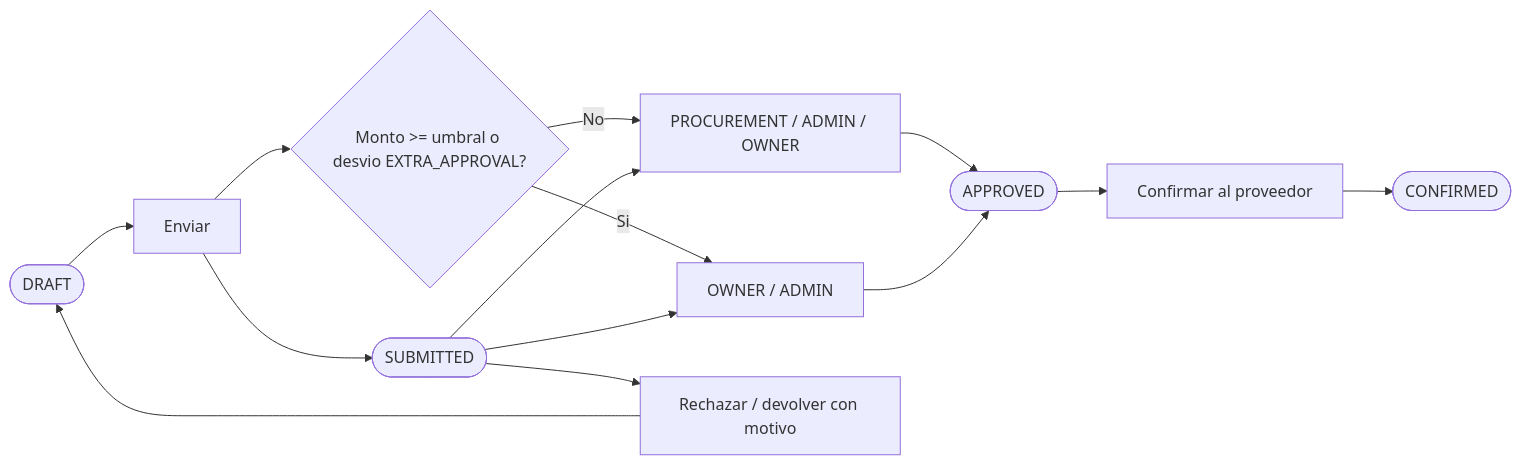
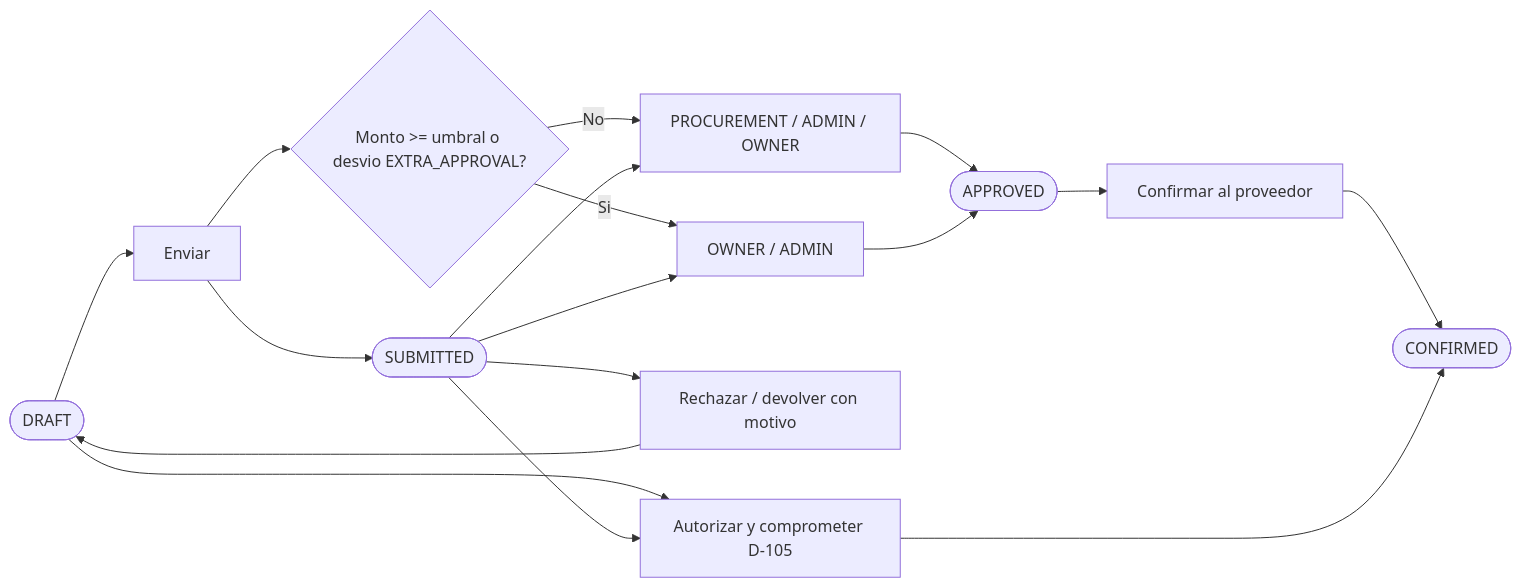
Before and after one commit to simonbravin/bloqer-v2: the second of 8 diagrams in docs/bloqer2.0/01-domain/APPROVAL_WORKFLOWS.md, drawn with Mermaid. The commit also changed other lines of this file and 109 other files, not shown here.

````diff
--- a/docs/bloqer2.0/01-domain/APPROVAL_WORKFLOWS.md
+++ b/docs/bloqer2.0/01-domain/APPROVAL_WORKFLOWS.md
@@ -54,16 +54,19 @@
 ```mermaid
 flowchart LR
   Draft([DRAFT]) --> Submit[Enviar]
   Submit --> Check{"Monto >= umbral o desvio EXTRA_APPROVAL?"}
   Check -- "No" --> AppStd[PROCUREMENT / ADMIN / OWNER]
   Check -- "Si" --> AppHigh[OWNER / ADMIN]
   AppStd --> Approved([APPROVED])
   AppHigh --> Approved
   Submit --> Pending([SUBMITTED])
   Pending --> AppHigh
   Pending --> AppStd
   Pending --> Reject[Rechazar / devolver con motivo]
   Reject --> Draft
   Approved --> Confirm[Confirmar al proveedor]
   Confirm --> Confirmed([CONFIRMED])
+  Draft --> AuthCommit[Autorizar y comprometer D-105]
+  Pending --> AuthCommit
+  AuthCommit --> Confirmed
 ```
````
